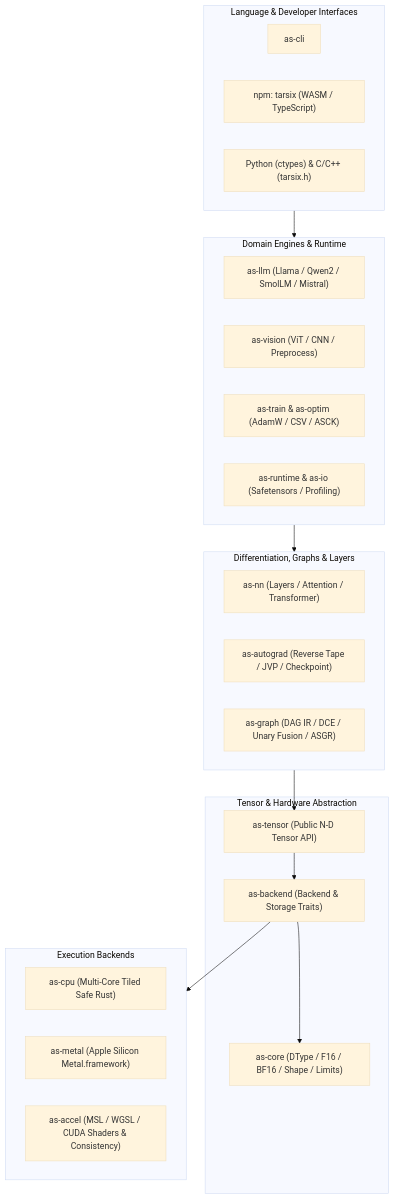
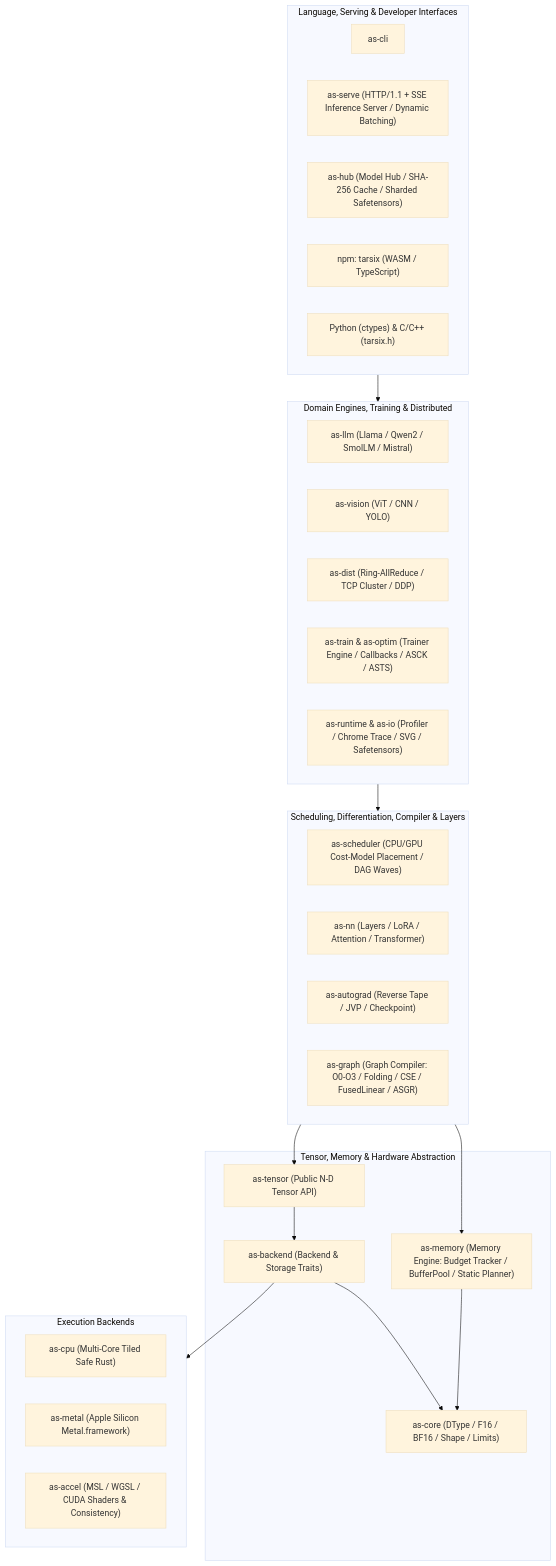
The diagram in README.md (Xaynxofficial/tarsix), drawn with Mermaid (base theme) before and after one commit. The commit also changed other lines of this file and 55 other files, not shown here.

Commit message:
feat: add Memory Engine, Graph Compiler, Hardware Scheduler, Model Profiler, Trainer, Model Hub, Inference Server, and Distributed Compute

````diff
--- a/README.md
+++ b/README.md
@@ -39,40 +39,47 @@
 ```mermaid
 flowchart TB
-    subgraph Interfaces["Language & Developer Interfaces"]
+    subgraph Interfaces["Language, Serving & Developer Interfaces"]
         CLI["as-cli"]
+        SRV["as-serve (HTTP/1.1 + SSE Inference Server / Dynamic Batching)"]
+        HUB["as-hub (Model Hub / SHA-256 Cache / Sharded Safetensors)"]
         TS["npm: tarsix (WASM / TypeScript)"]
         PY["Python (ctypes) & C/C++ (tarsix.h)"]
     end
 
-    subgraph Applications["Domain Engines & Runtime"]
+    subgraph Applications["Domain Engines, Training & Distributed"]
         LLM["as-llm (Llama / Qwen2 / SmolLM / Mistral)"]
-        VIS["as-vision (ViT / CNN / Preprocess)"]
-        TRN["as-train & as-optim (AdamW / CSV / ASCK)"]
-        RT["as-runtime & as-io (Safetensors / Profiling)"]
+        VIS["as-vision (ViT / CNN / YOLO)"]
+        DIST["as-dist (Ring-AllReduce / TCP Cluster / DDP)"]
+        TRN["as-train & as-optim (Trainer Engine / Callbacks / ASCK / ASTS)"]
+        RT["as-runtime & as-io (Profiler / Chrome Trace / SVG / Safetensors)"]
     end
 
-    subgraph Compute["Differentiation, Graphs & Layers"]
-        NN["as-nn (Layers / Attention / Transformer)"]
+    subgraph Compute["Scheduling, Differentiation, Compiler & Layers"]
+        SCHED["as-scheduler (CPU/GPU Cost-Model Placement / DAG Waves)"]
+        NN["as-nn (Layers / LoRA / Attention / Transformer)"]
         AG["as-autograd (Reverse Tape / JVP / Checkpoint)"]
-        GR["as-graph (DAG IR / DCE / Unary Fusion / ASGR)"]
+        GR["as-graph (Graph Compiler: O0-O3 / Folding / CSE / FusedLinear / ASGR)"]
     end
 
-    subgraph Foundation["Tensor & Hardware Abstraction"]
+    subgraph Foundation["Tensor, Memory & Hardware Abstraction"]
         TEN["as-tensor (Public N-D Tensor API)"]
+        MEM["as-memory (Memory Engine: Budget Tracker / BufferPool / Static Planner)"]
         BE["as-backend (Backend & Storage Traits)"]
         CORE["as-core (DType / F16 / BF16 / Shape / Limits)"]
     end
 
     subgraph Hardware["Execution Backends"]
         CPU["as-cpu (Multi-Core Tiled Safe Rust)"]
         MTL["as-metal (Apple Silicon Metal.framework)"]
         ACC["as-accel (MSL / WGSL / CUDA Shaders & Consistency)"]
     end
 
     Interfaces --> Applications
     Applications --> Compute
     Compute --> TEN
+    Compute --> MEM
     TEN --> BE
     BE --> CORE
+    MEM --> CORE
     BE --> Hardware
 ```
````
